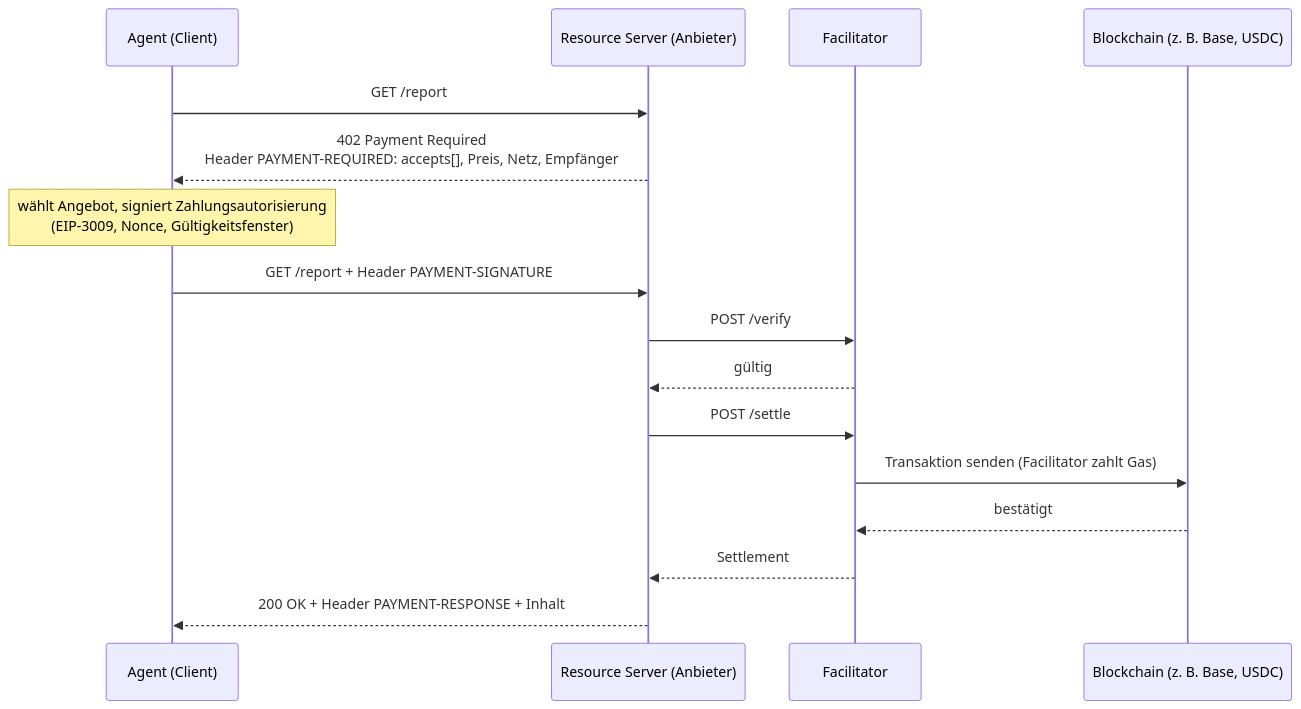
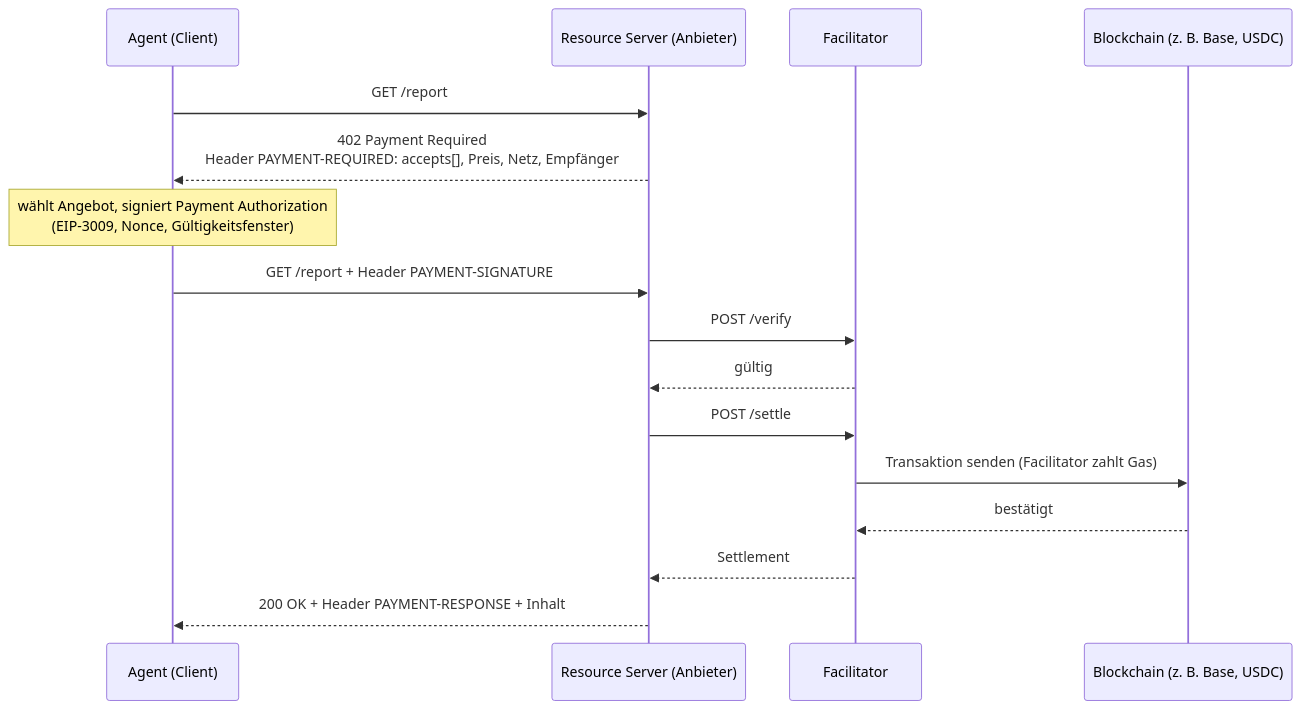
One commit to org-felix-paul/felix-paul-website changed the ninth of 13 diagrams in src/blog/content/posts/agentic-protocols-compared.md. Above: the diagram before and after it, drawn with Mermaid. The commit also changed other lines of this file, not shown here.

````diff
--- a/src/blog/content/posts/agentic-protocols-compared.md
+++ b/src/blog/content/posts/agentic-protocols-compared.md
@@ -602,18 +602,18 @@
 ```mermaid
 sequenceDiagram
     participant A as Agent (Client)
     participant R as Resource Server (Anbieter)
     participant F as Facilitator
     participant B as Blockchain (z. B. Base, USDC)
     A->>R: GET /report
     R-->>A: 402 Payment Required<br/>Header PAYMENT-REQUIRED: accepts[], Preis, Netz, Empfänger
-    Note over A: wählt Angebot, signiert Zahlungsautorisierung<br/>(EIP-3009, Nonce, Gültigkeitsfenster)
+    Note over A: wählt Angebot, signiert Payment Authorization<br/>(EIP-3009, Nonce, Gültigkeitsfenster)
     A->>R: GET /report + Header PAYMENT-SIGNATURE
     R->>F: POST /verify
     F-->>R: gültig
     R->>F: POST /settle
     F->>B: Transaktion senden (Facilitator zahlt Gas)
     B-->>F: bestätigt
     F-->>R: Settlement
     R-->>A: 200 OK + Header PAYMENT-RESPONSE + Inhalt
 ```
````
